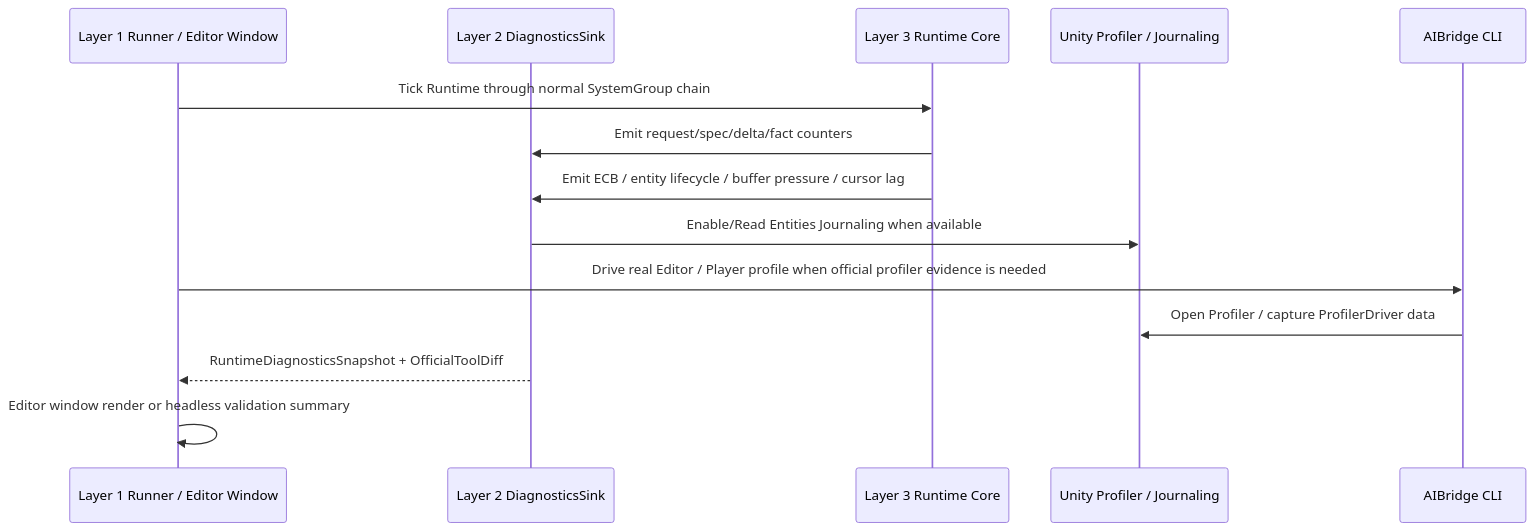
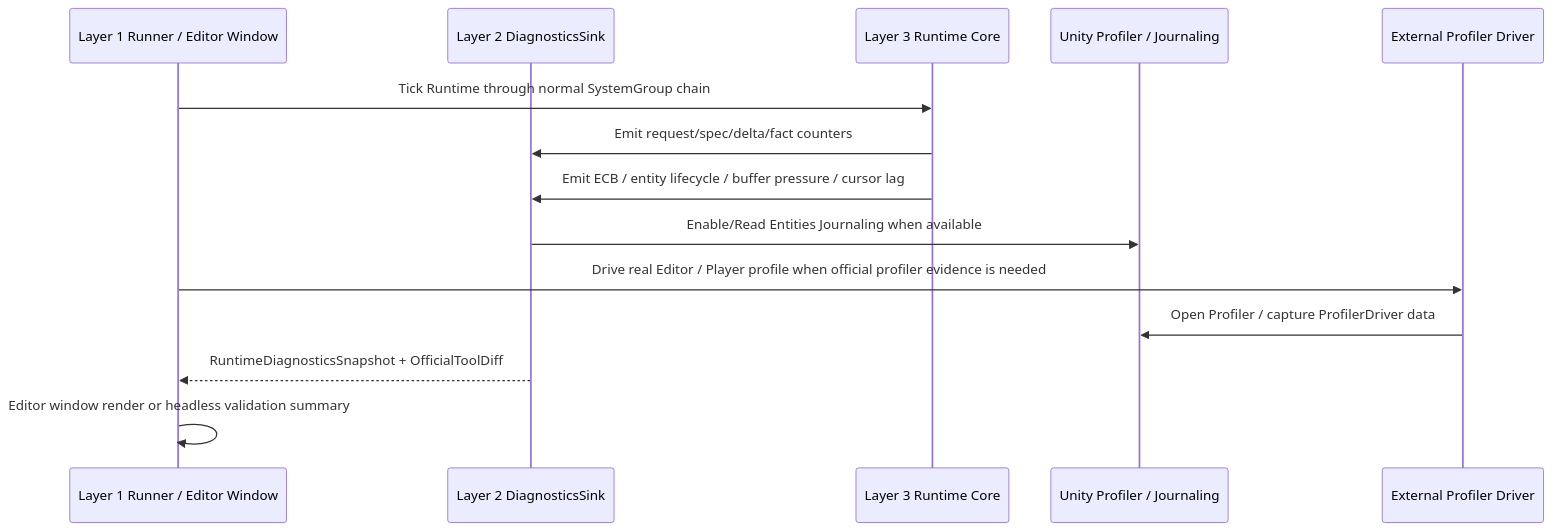
The third of 3 diagrams in 方案讨论/针对2.0的ECS架构的迭代方案讨论/01-目标态架构共识/07-RuntimeCoreDebuggerSpec.md (Bo-ki/gameplay-ability-system-for-unity), drawn with Mermaid before and after one commit. The commit also changed other lines of this file and 220 other files, not shown here.

````diff
--- a/方案讨论/针对2.0的ECS架构的迭代方案讨论/01-目标态架构共识/07-RuntimeCoreDebuggerSpec.md
+++ b/方案讨论/针对2.0的ECS架构的迭代方案讨论/01-目标态架构共识/07-RuntimeCoreDebuggerSpec.md
@@ -66,17 +74,17 @@
 ```mermaid
 sequenceDiagram
     participant Shell as Layer 1 Runner / Editor Window
     participant Boundary as Layer 2 DiagnosticsSink
     participant Runtime as Layer 3 Runtime Core
     participant Unity as Unity Profiler / Journaling
-    participant AIBridge as AIBridge CLI
+    participant Tool as External Profiler Driver
 
     Shell->>Runtime: Tick Runtime through normal SystemGroup chain
     Runtime->>Boundary: Emit request/spec/delta/fact counters
     Runtime->>Boundary: Emit ECB / entity lifecycle / buffer pressure / cursor lag
     Boundary->>Unity: Enable/Read Entities Journaling when available
-    Shell->>AIBridge: Drive real Editor / Player profile when official profiler evidence is needed
-    AIBridge->>Unity: Open Profiler / capture ProfilerDriver data
+    Shell->>Tool: Drive real Editor / Player profile when official profiler evidence is needed
+    Tool->>Unity: Open Profiler / capture ProfilerDriver data
     Boundary-->>Shell: RuntimeDiagnosticsSnapshot + OfficialToolDiff
     Shell->>Shell: Editor window render or headless validation summary
 ```
````
